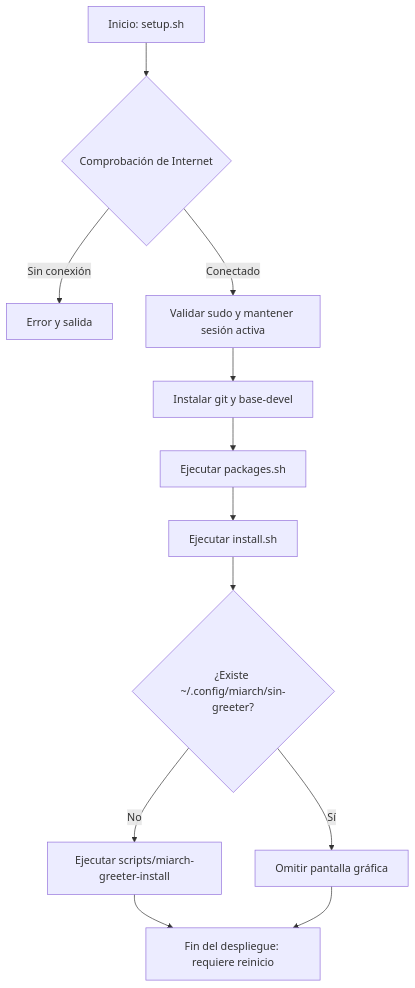
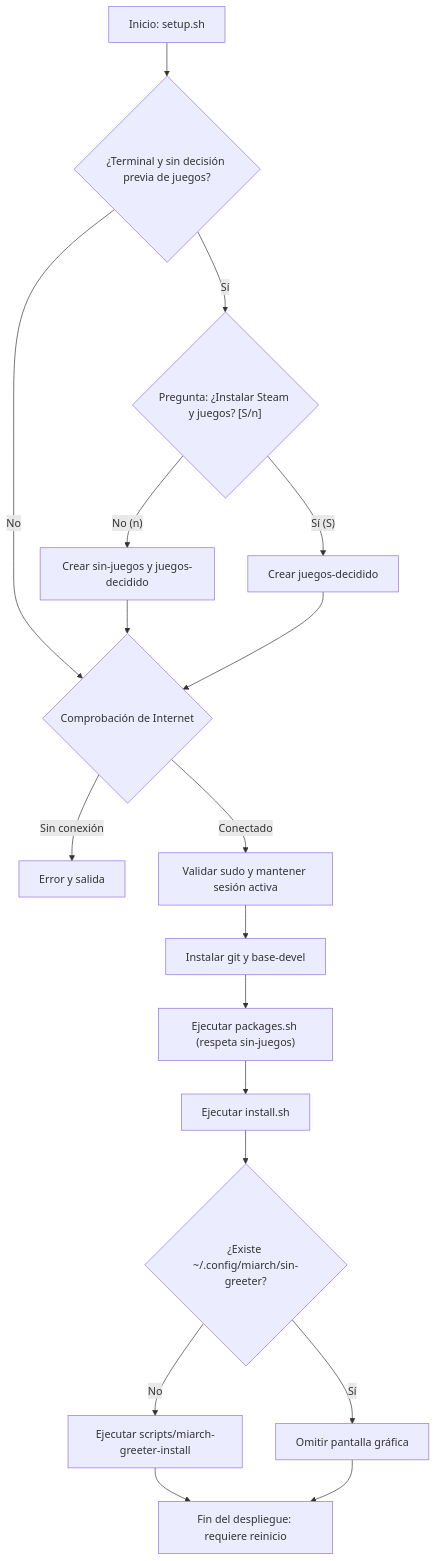
One commit to alejandro-xoxo/Miarch changed the diagram in docs/instalacion.md. Above: the diagram before and after it, drawn with Mermaid. The commit also changed other lines of this file and 6 other files, not shown here.

Commit message:
feat(gaming): make steam and gaming tools optional via sin-juegos

````diff
--- a/docs/instalacion.md
+++ b/docs/instalacion.md
@@ -58,14 +59,20 @@
 ```mermaid
 flowchart TD
-    A["Inicio: setup.sh"] --> B{"Comprobación de Internet"}
-    B -- "Sin conexión" --> C["Error y salida"]
-    B -- "Conectado" --> D["Validar sudo y mantener sesión activa"]
-    D --> E["Instalar git y base-devel"]
-    E --> F["Ejecutar packages.sh"]
-    F --> G["Ejecutar install.sh"]
-    G --> H{"¿Existe ~/.config/miarch/sin-greeter?"}
-    H -- "No" --> I["Ejecutar scripts/miarch-greeter-install"]
-    H -- "Sí" --> J["Omitir pantalla gráfica"]
-    I --> K["Fin del despliegue: requiere reinicio"]
-    J --> K
+    A["Inicio: setup.sh"] --> B{"¿Terminal y sin decisión previa de juegos?"}
+    B -- "Sí" --> B1{"Pregunta: ¿Instalar Steam y juegos? [S/n]"}
+    B1 -- "No (n)" --> B2["Crear sin-juegos y juegos-decidido"]
+    B1 -- "Sí (S)" --> B3["Crear juegos-decidido"]
+    B -- "No" --> C{"Comprobación de Internet"}
+    B2 --> C
+    B3 --> C
+    C -- "Sin conexión" --> D["Error y salida"]
+    C -- "Conectado" --> E["Validar sudo y mantener sesión activa"]
+    E --> F["Instalar git y base-devel"]
+    F --> G["Ejecutar packages.sh (respeta sin-juegos)"]
+    G --> H["Ejecutar install.sh"]
+    H --> I{"¿Existe ~/.config/miarch/sin-greeter?"}
+    I -- "No" --> J["Ejecutar scripts/miarch-greeter-install"]
+    I -- "Sí" --> K["Omitir pantalla gráfica"]
+    J --> L["Fin del despliegue: requiere reinicio"]
+    K --> L
 ```
````
